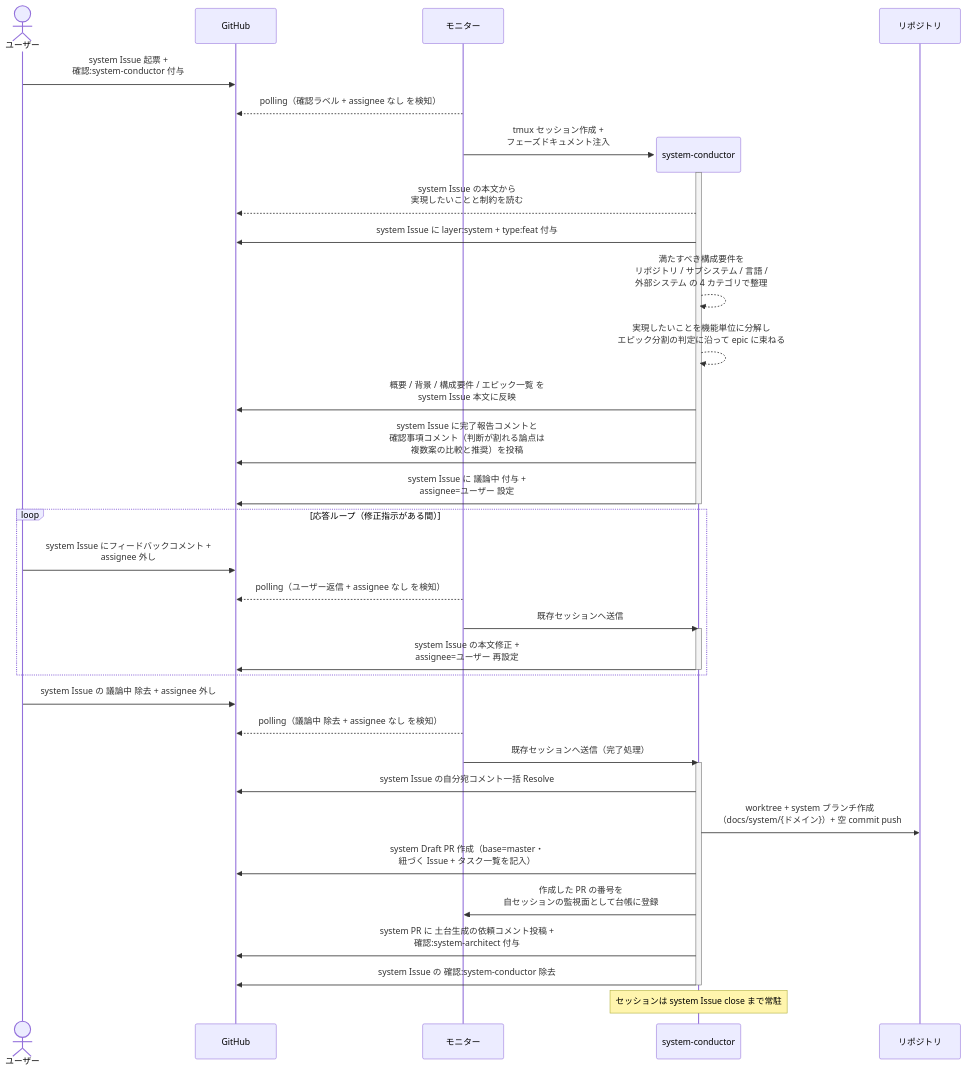
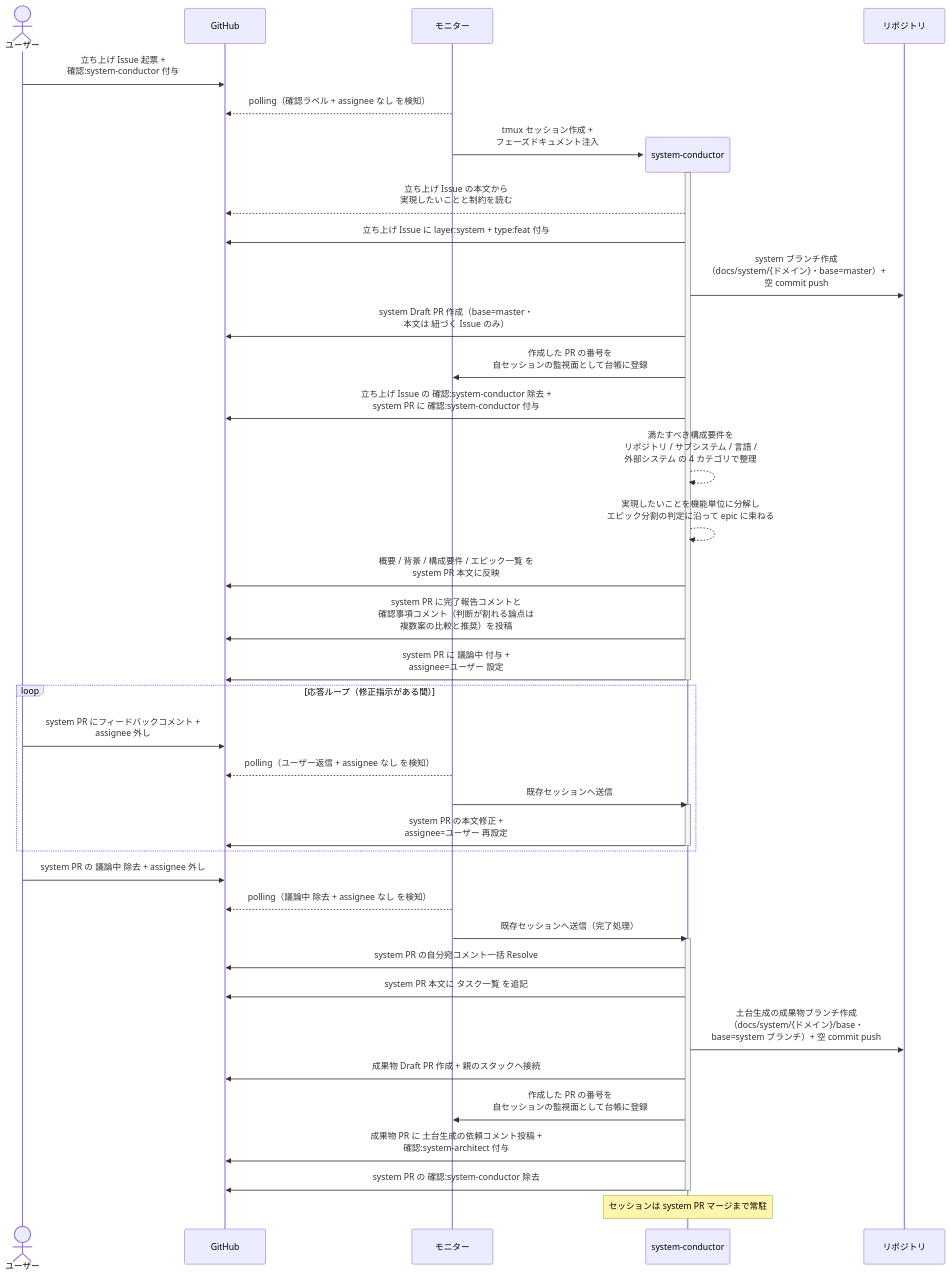
One commit to shuhei1101/ai-monitor changed the first of 3 diagrams in docs/wiki/設計図/シナリオ/単一ユースケース/システム構成確定.md. Above: the diagram before and after it, drawn with Mermaid. The commit also changed other lines of this file and 256 other files, not shown here.

````diff
--- a/docs/wiki/設計図/シナリオ/単一ユースケース/システム構成確定.md
+++ b/docs/wiki/設計図/シナリオ/単一ユースケース/システム構成確定.md
@@ -27,43 +27,48 @@
 ```mermaid
 sequenceDiagram
   actor U as ユーザー
   participant GH as GitHub
   participant ORC as モニター
 
-  U->>GH: system Issue 起票 +<br>確認:system-conductor 付与
+  U->>GH: 立ち上げ Issue 起票 +<br>確認:system-conductor 付与
   ORC-->>GH: polling（確認ラベル + assignee なし を検知）
   create participant MON as system-conductor
   ORC->>MON: tmux セッション作成 +<br>フェーズドキュメント注入
   participant REPO as リポジトリ
   activate MON
-  MON-->>GH: system Issue の本文から<br>実現したいことと制約を読む
-  MON->>GH: system Issue に layer:system + type:feat 付与
+  MON-->>GH: 立ち上げ Issue の本文から<br>実現したいことと制約を読む
+  MON->>GH: 立ち上げ Issue に layer:system + type:feat 付与
+  MON->>REPO: system ブランチ作成<br>（docs/system/{ドメイン}・base=master）+<br>空 commit push
+  MON->>GH: system Draft PR 作成（base=master・<br>本文は 紐づく Issue のみ）
+  MON->>ORC: 作成した PR の番号を<br>自セッションの監視面として台帳に登録
+  MON->>GH: 立ち上げ Issue の 確認:system-conductor 除去 +<br>system PR に 確認:system-conductor 付与
   MON-->>MON: 満たすべき構成要件を<br>リポジトリ / サブシステム / 言語 /<br>外部システム の 4 カテゴリで整理
   MON-->>MON: 実現したいことを機能単位に分解し<br>エピック分割の判定に沿って epic に束ねる
-  MON->>GH: 概要 / 背景 / 構成要件 / エピック一覧 を<br>system Issue 本文に反映
-  MON->>GH: system Issue に完了報告コメントと<br>確認事項コメント（判断が割れる論点は<br>複数案の比較と推奨）を投稿
-  MON->>GH: system Issue に 議論中 付与 +<br>assignee=ユーザー 設定
+  MON->>GH: 概要 / 背景 / 構成要件 / エピック一覧 を<br>system PR 本文に反映
+  MON->>GH: system PR に完了報告コメントと<br>確認事項コメント（判断が割れる論点は<br>複数案の比較と推奨）を投稿
+  MON->>GH: system PR に 議論中 付与 +<br>assignee=ユーザー 設定
   deactivate MON
 
   loop 応答ループ（修正指示がある間）
-    U->>GH: system Issue にフィードバックコメント +<br>assignee 外し
+    U->>GH: system PR にフィードバックコメント +<br>assignee 外し
     ORC-->>GH: polling（ユーザー返信 + assignee なし を検知）
     ORC->>MON: 既存セッションへ送信
     activate MON
-    MON->>GH: system Issue の本文修正 +<br>assignee=ユーザー 再設定
+    MON->>GH: system PR の本文修正 +<br>assignee=ユーザー 再設定
     deactivate MON
   end
 
-  U->>GH: system Issue の 議論中 除去 + assignee 外し
+  U->>GH: system PR の 議論中 除去 + assignee 外し
   ORC-->>GH: polling（議論中 除去 + assignee なし を検知）
   ORC->>MON: 既存セッションへ送信（完了処理）
   activate MON
-  MON->>GH: system Issue の自分宛コメント一括 Resolve
-  MON->>REPO: worktree + system ブランチ作成<br>（docs/system/{ドメイン}）+ 空 commit push
-  MON->>GH: system Draft PR 作成（base=master・<br>紐づく Issue + タスク一覧を記入）
+  MON->>GH: system PR の自分宛コメント一括 Resolve
+  MON->>GH: system PR 本文に タスク一覧 を追記
+  MON->>REPO: 土台生成の成果物ブランチ作成<br>（docs/system/{ドメイン}/base・<br>base=system ブランチ）+ 空 commit push
+  MON->>GH: 成果物 Draft PR 作成 + 親のスタックへ接続
   MON->>ORC: 作成した PR の番号を<br>自セッションの監視面として台帳に登録
-  MON->>GH: system PR に 土台生成の依頼コメント投稿 +<br>確認:system-architect 付与
-  MON->>GH: system Issue の 確認:system-conductor 除去
+  MON->>GH: 成果物 PR に 土台生成の依頼コメント投稿 +<br>確認:system-architect 付与
+  MON->>GH: system PR の 確認:system-conductor 除去
   deactivate MON
-  Note over MON: セッションは system Issue close まで常駐
+  Note over MON: セッションは system PR マージまで常駐
 ```
````
